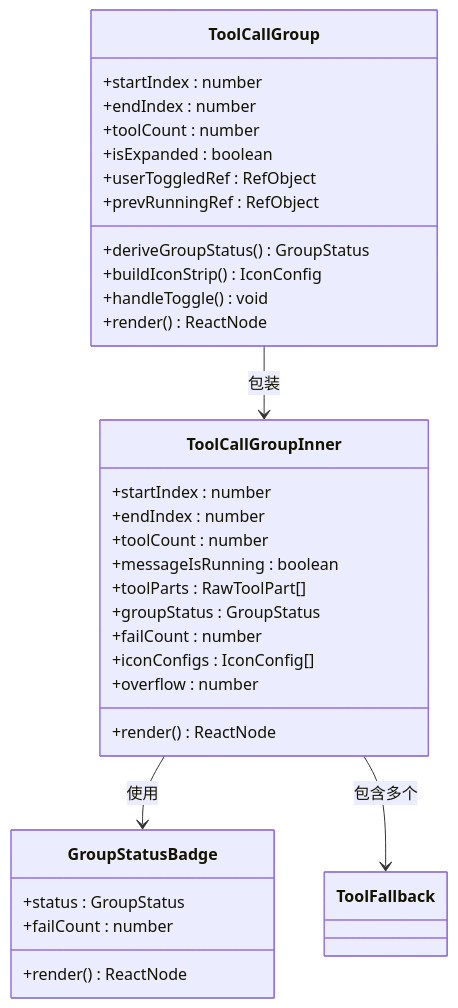
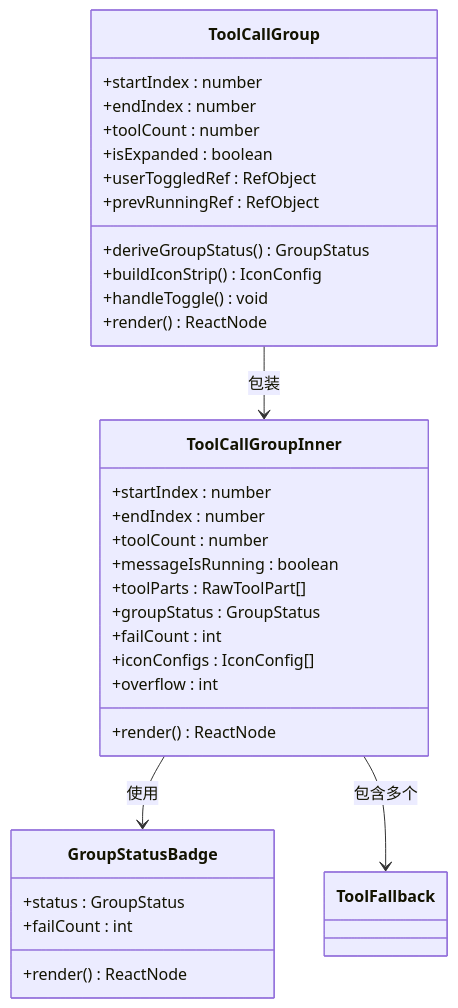
Diagram 37 of 49 in .qoder/repowiki/zh/content/Web界面/UI组件系统/UI组件系统.md (verse-ai-org/openclaw), drawn with Mermaid before and after one commit. The commit also changed other lines of this file and 55 other files, not shown here.

````diff
--- a/.qoder/repowiki/zh/content/Web界面/UI组件系统/UI组件系统.md
+++ b/.qoder/repowiki/zh/content/Web界面/UI组件系统/UI组件系统.md
@@ -1561,35 +1941,35 @@
 ```mermaid
 classDiagram
 class ToolCallGroup {
 +startIndex : number
 +endIndex : number
 +toolCount : number
 +isExpanded : boolean
 +userToggledRef : RefObject<boolean>
 +prevRunningRef : RefObject<boolean>
 +deriveGroupStatus() GroupStatus
 +buildIconStrip() IconConfig
 +handleToggle() void
 +render() ReactNode
 }
 class GroupStatusBadge {
 +status : GroupStatus
-+failCount : number
++failCount : int
 +render() ReactNode
 }
 class ToolCallGroupInner {
 +startIndex : number
 +endIndex : number
 +toolCount : number
 +messageIsRunning : boolean
 +toolParts : RawToolPart[]
 +groupStatus : GroupStatus
-+failCount : number
++failCount : int
 +iconConfigs : IconConfig[]
-+overflow : number
++overflow : int
 +render() ReactNode
 }
 ToolCallGroup --> ToolCallGroupInner : 包装
 ToolCallGroupInner --> GroupStatusBadge : 使用
 ToolCallGroupInner --> ToolFallback : 包含多个
 ```
````
